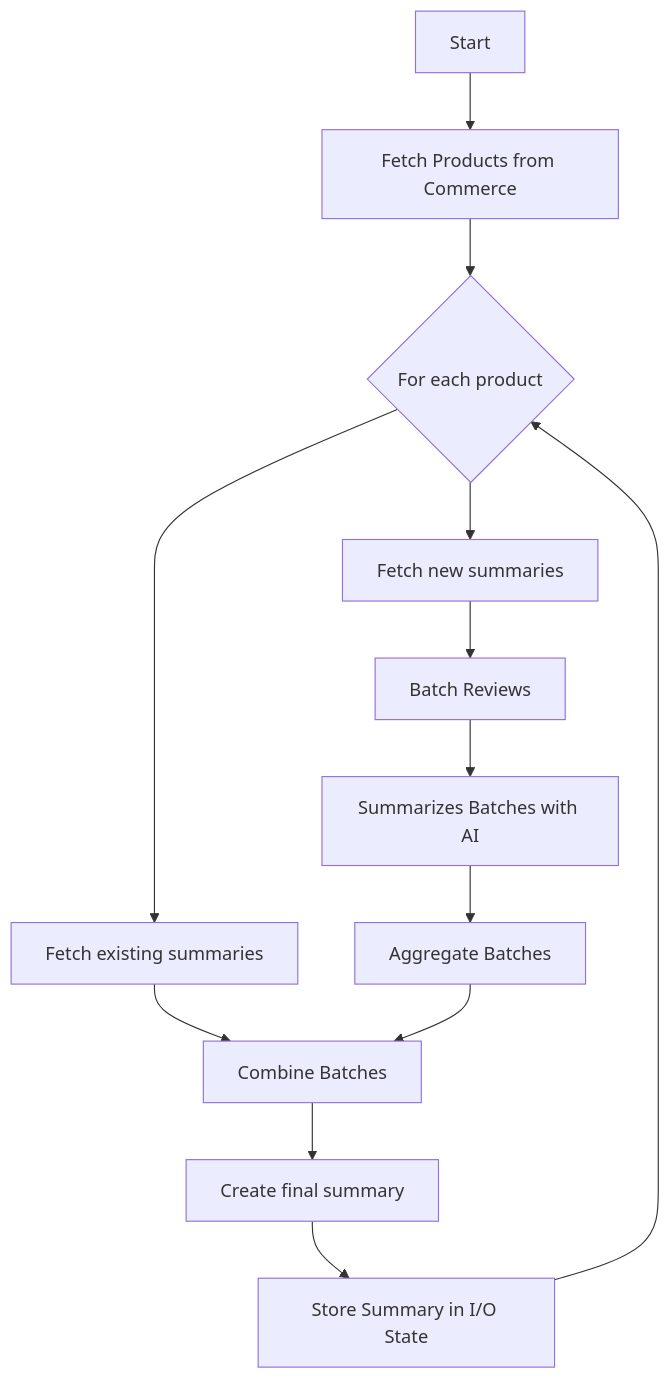
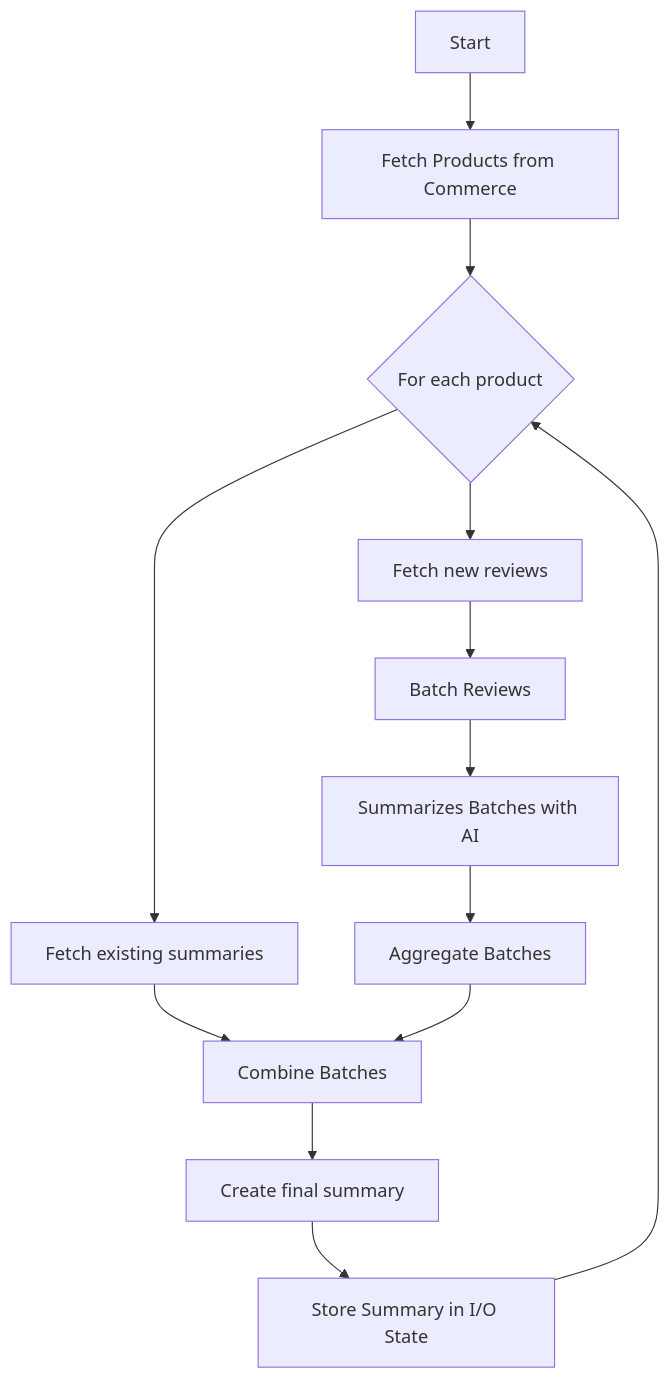
One commit to vaimo/product-reviews-summarizer-docs changed the diagram in README.md. Above: the diagram before and after it, drawn with Mermaid. The commit also changed other lines of this file and 3 other files, not shown here.

````diff
--- a/README.md
+++ b/README.md
@@ -53,15 +59,15 @@
 ```mermaid
 graph TD
     A[Start] --> B[Fetch Products from Commerce]
     B --> C{For each product}
-    C --> D[Fetch new summaries]
+    C --> D[Fetch new reviews]
     C --> E[Fetch existing summaries]
     D --> F[Batch Reviews]
     F --> G[Summarizes Batches with AI]
     G --> H[Aggregate Batches]
     E --> I[Combine Batches]
     H --> I
     I --> J[Create final summary]
     J --> K[Store Summary in I/O State]
     K --> C
 ```
````
